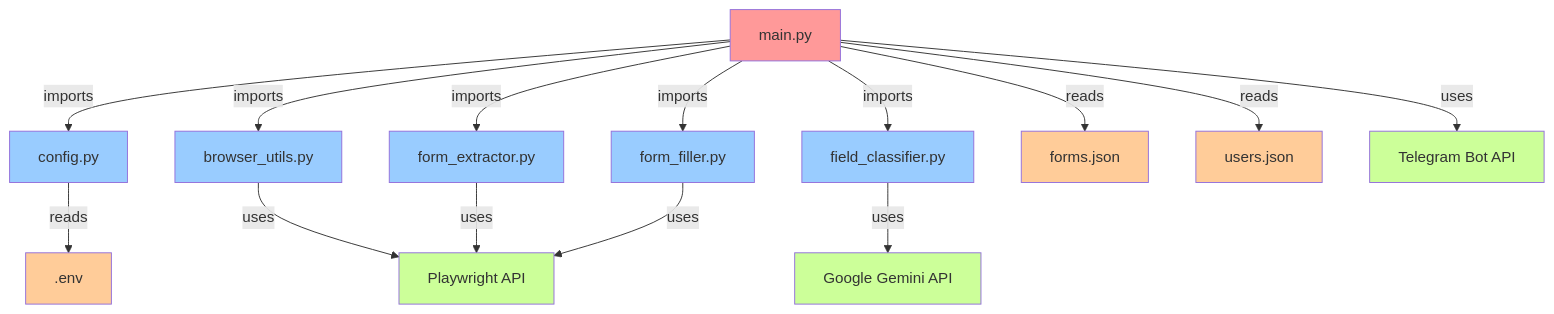
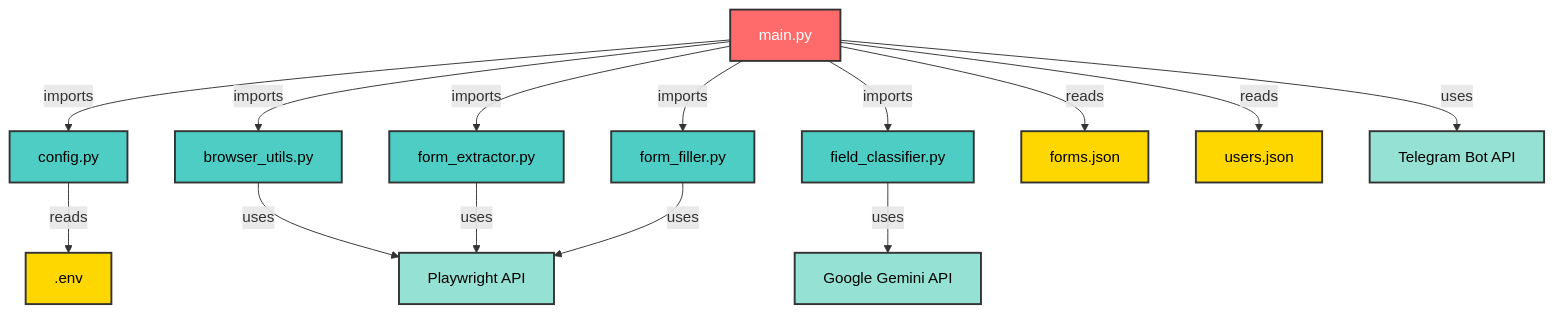
Before and after one commit to Buck-Beak/Form_Filler: the fourth of 9 diagrams in ARCHITECTURE_DIAGRAM.md, drawn with Mermaid. The commit also changed other lines of this file, not shown here.

````diff
--- a/ARCHITECTURE_DIAGRAM.md
+++ b/ARCHITECTURE_DIAGRAM.md
@@ -234,47 +234,47 @@
 ```mermaid
 graph TD
     A[main.py]
     B[config.py]
     C[browser_utils.py]
     D[form_extractor.py]
     E[field_classifier.py]
     F[form_filler.py]
     
     G[.env]
     H[forms.json]
     I[users.json]
     
     J[Playwright API]
     K[Telegram Bot API]
     L[Google Gemini API]
     
     A -->|imports| B
     A -->|imports| C
     A -->|imports| D
     A -->|imports| E
     A -->|imports| F
     
     B -->|reads| G
     A -->|reads| H
     A -->|reads| I
     
     C -->|uses| J
     D -->|uses| J
     F -->|uses| J
     
     A -->|uses| K
     E -->|uses| L
     
-    style A fill:#ff9999
-    style B fill:#99ccff
-    style C fill:#99ccff
-    style D fill:#99ccff
-    style E fill:#99ccff
-    style F fill:#99ccff
-    style G fill:#ffcc99
-    style H fill:#ffcc99
-    style I fill:#ffcc99
-    style J fill:#ccff99
-    style K fill:#ccff99
-    style L fill:#ccff99
+    style A fill:#ff6b6b,stroke:#333,stroke-width:2px,color:#fff
+    style B fill:#4ecdc4,stroke:#333,stroke-width:2px,color:#000
+    style C fill:#4ecdc4,stroke:#333,stroke-width:2px,color:#000
+    style D fill:#4ecdc4,stroke:#333,stroke-width:2px,color:#000
+    style E fill:#4ecdc4,stroke:#333,stroke-width:2px,color:#000
+    style F fill:#4ecdc4,stroke:#333,stroke-width:2px,color:#000
+    style G fill:#ffd700,stroke:#333,stroke-width:2px,color:#000
+    style H fill:#ffd700,stroke:#333,stroke-width:2px,color:#000
+    style I fill:#ffd700,stroke:#333,stroke-width:2px,color:#000
+    style J fill:#95e1d3,stroke:#333,stroke-width:2px,color:#000
+    style K fill:#95e1d3,stroke:#333,stroke-width:2px,color:#000
+    style L fill:#95e1d3,stroke:#333,stroke-width:2px,color:#000
 ```
````
